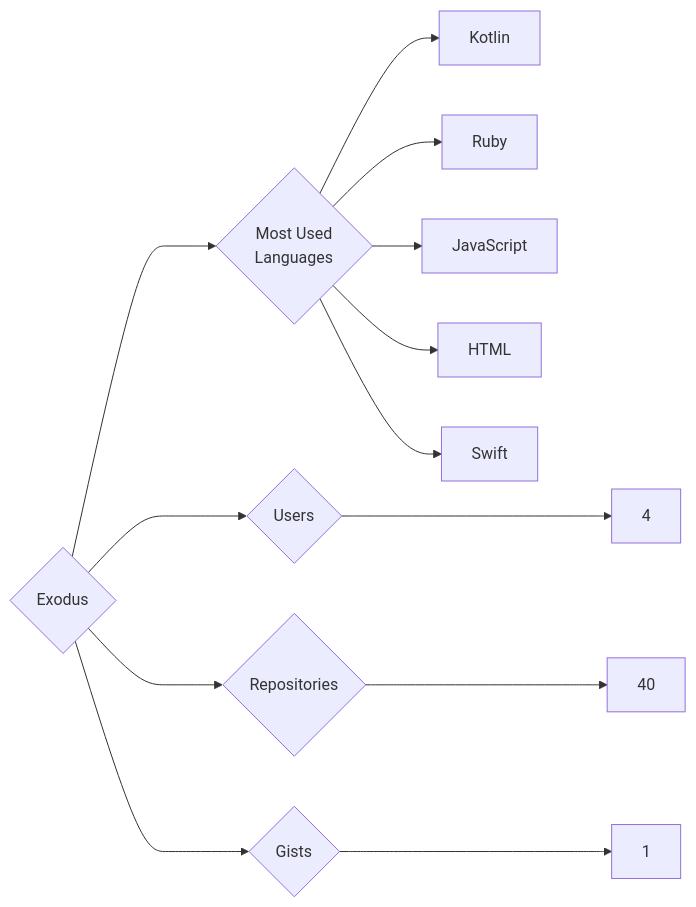
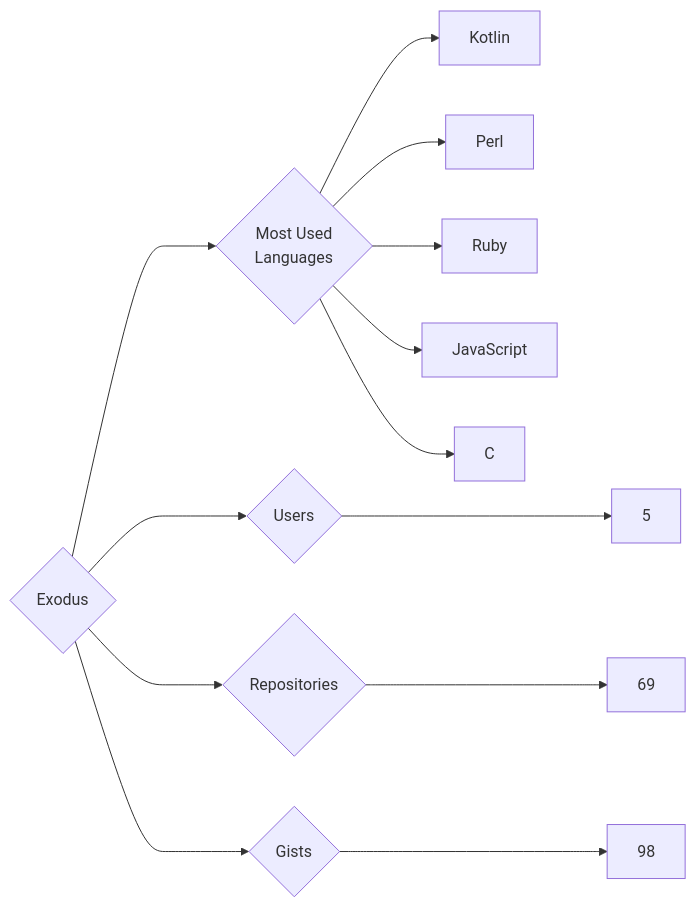
The diagram in targets/Exodus/README.md (trickest/insiders), drawn with Mermaid before and after one commit. The commit also changed 912 other files, not shown here.

````diff
--- a/targets/Exodus/README.md
+++ b/targets/Exodus/README.md
@@ -3,13 +3,13 @@
 ```mermaid
 graph LR
 COMPANY_NAME{Exodus}
-COMPANY_NAME ---> U{Users} ---> UN[4]
-COMPANY_NAME ---> R{Repositories} ---> RN[40]
-COMPANY_NAME ---> G{Gists} ---> GN[1]
+COMPANY_NAME ---> U{Users} ---> UN[5]
+COMPANY_NAME ---> R{Repositories} ---> RN[69]
+COMPANY_NAME ---> G{Gists} ---> GN[98]
 COMPANY_NAME ---> ML{Most Used<br>Languages}
 ML --> Kotlin[Kotlin]
+ML --> Perl[Perl]
 ML --> Ruby[Ruby]
 ML --> JavaScript[JavaScript]
-ML --> HTML[HTML]
-ML --> Swift[Swift]
+ML --> C[C]
 ```
````
